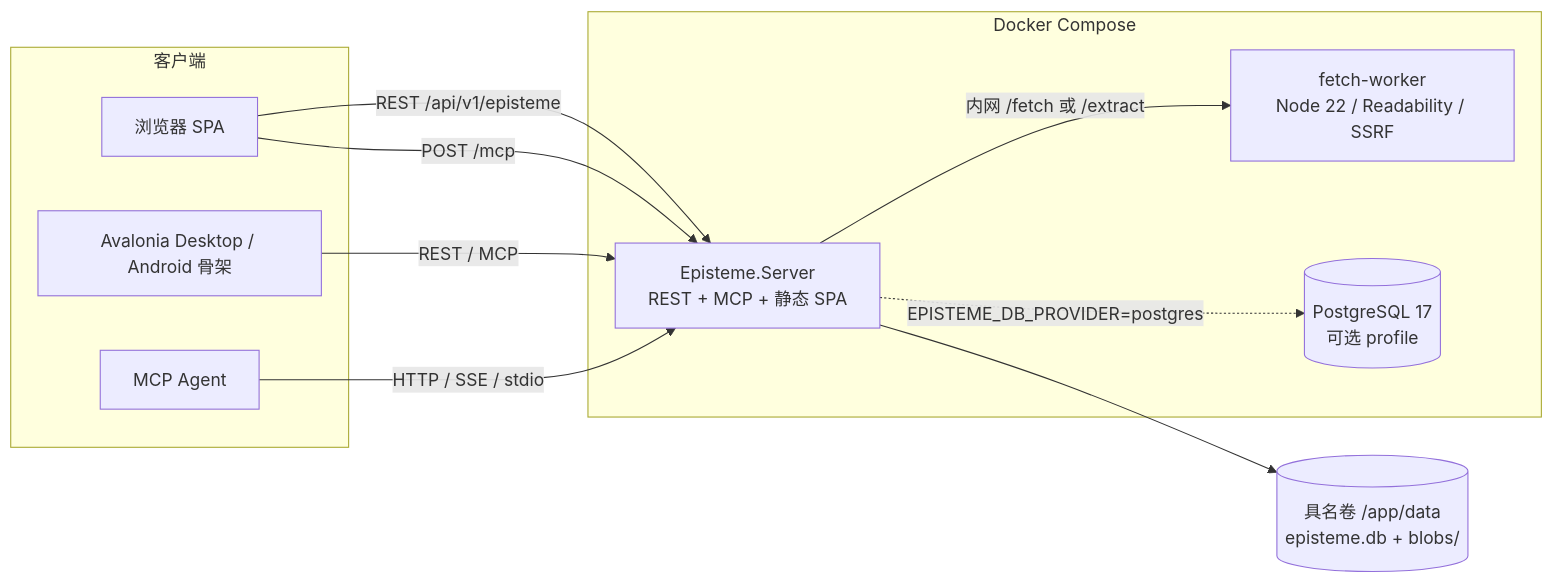
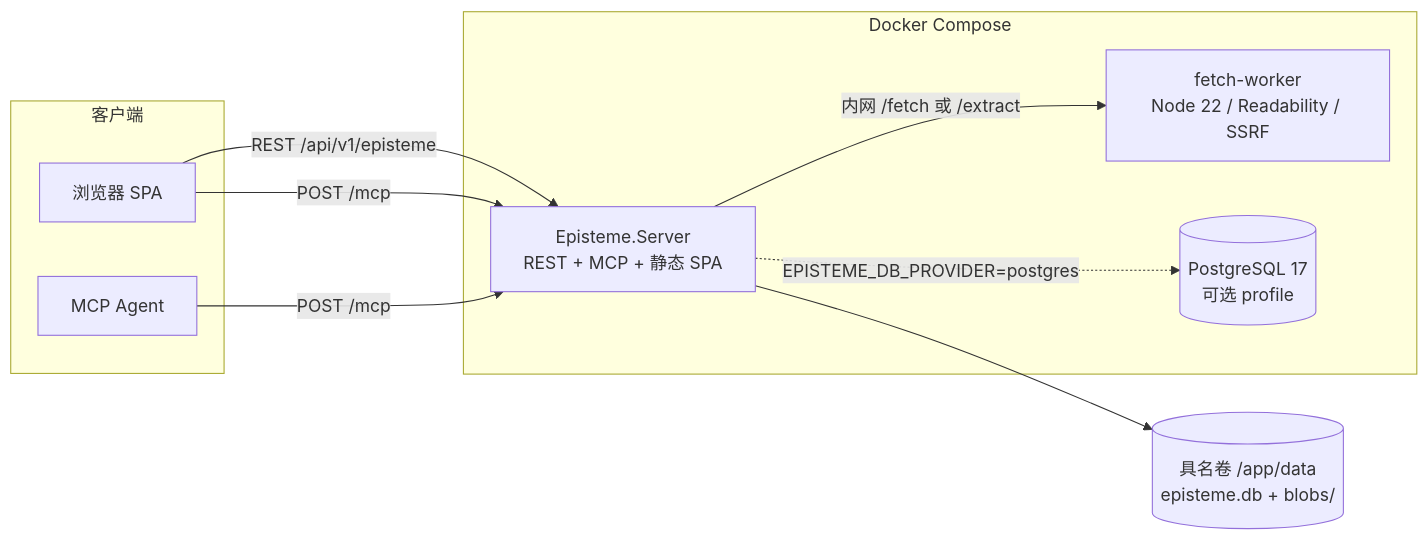
One commit to seanshuyuu/Episteme changed the diagram in README.md. Above: the diagram before and after it, drawn with Mermaid. The commit also changed other lines of this file and 62 other files, not shown here.

First line of the commit message:
refactor: 仅保留 Web 前端与服务端，MCP 仅 Streamable HTTP

````diff
--- a/README.md
+++ b/README.md
@@ -96,21 +96,19 @@
 ```mermaid
 flowchart LR
   subgraph 客户端
     B[浏览器 SPA]
-    D[Avalonia Desktop / Android 骨架]
     A[MCP Agent]
   end
   subgraph Docker Compose
     S[Episteme.Server<br/>REST + MCP + 静态 SPA]
     W[fetch-worker<br/>Node 22 / Readability / SSRF]
     P[(PostgreSQL 17<br/>可选 profile)]
   end
   V[(具名卷 /app/data<br/>episteme.db + blobs/)]
   B -->|REST /api/v1/episteme| S
   B -->|POST /mcp| S
-  D -->|REST / MCP| S
-  A -->|HTTP / SSE / stdio| S
+  A -->|POST /mcp| S
   S --> V
   S -.->|EPISTEME_DB_PROVIDER=postgres| P
   S -->|内网 /fetch 或 /extract| W
 ```
````
